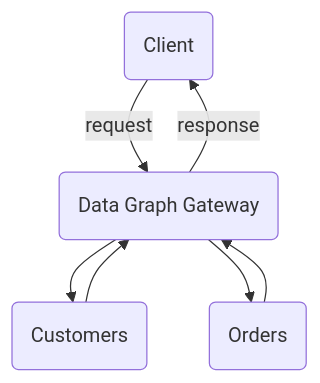
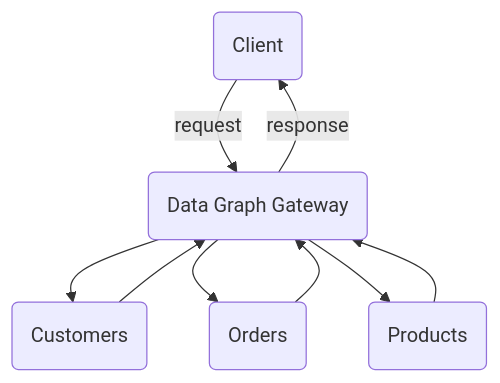
The diagram in README.md (tsoisauce/apollo-graphql-federation), drawn with Mermaid before and after one commit.

````diff
--- a/README.md
+++ b/README.md
@@ -5,9 +5,11 @@
 ```mermaid
 graph TD
   A(Client)--request-->B(Data Graph Gateway)
   B-->C(Customers)
   C-->B
   B-->D(Orders)
   D-->B
+  B-->E(Products)
+  E-->B
   B--response-->A
 ```
````
